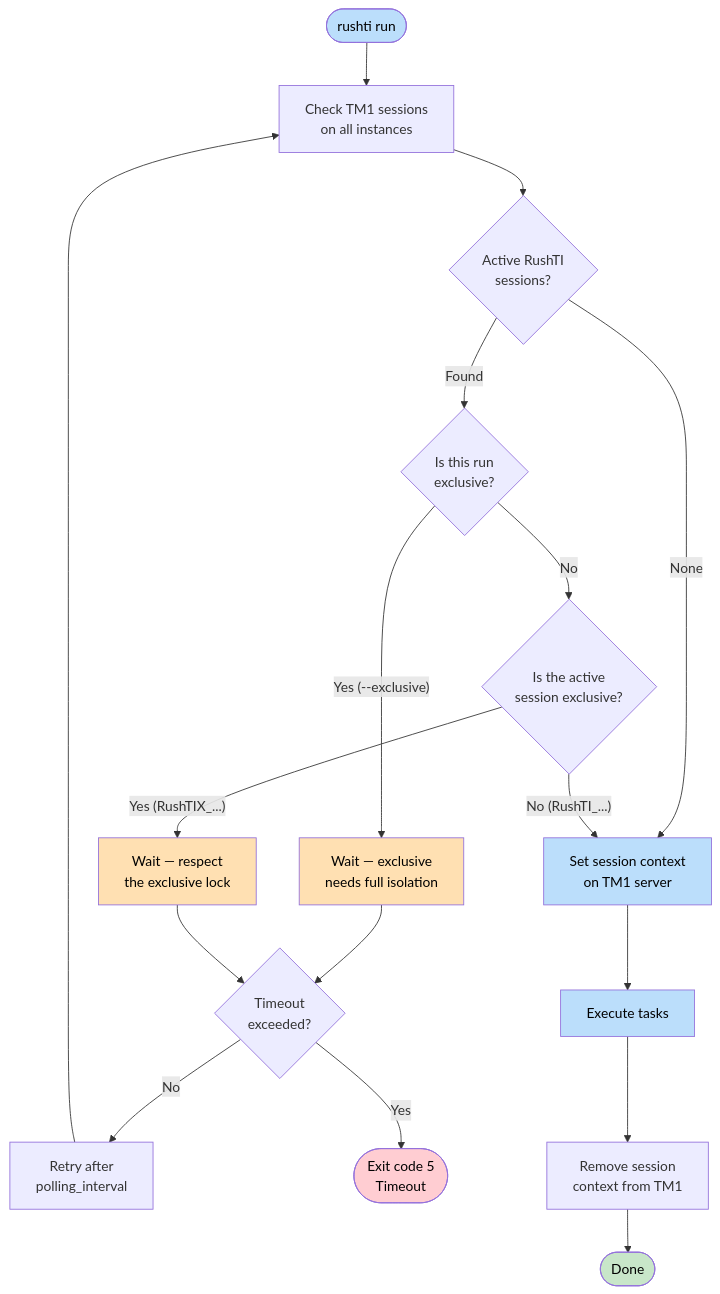
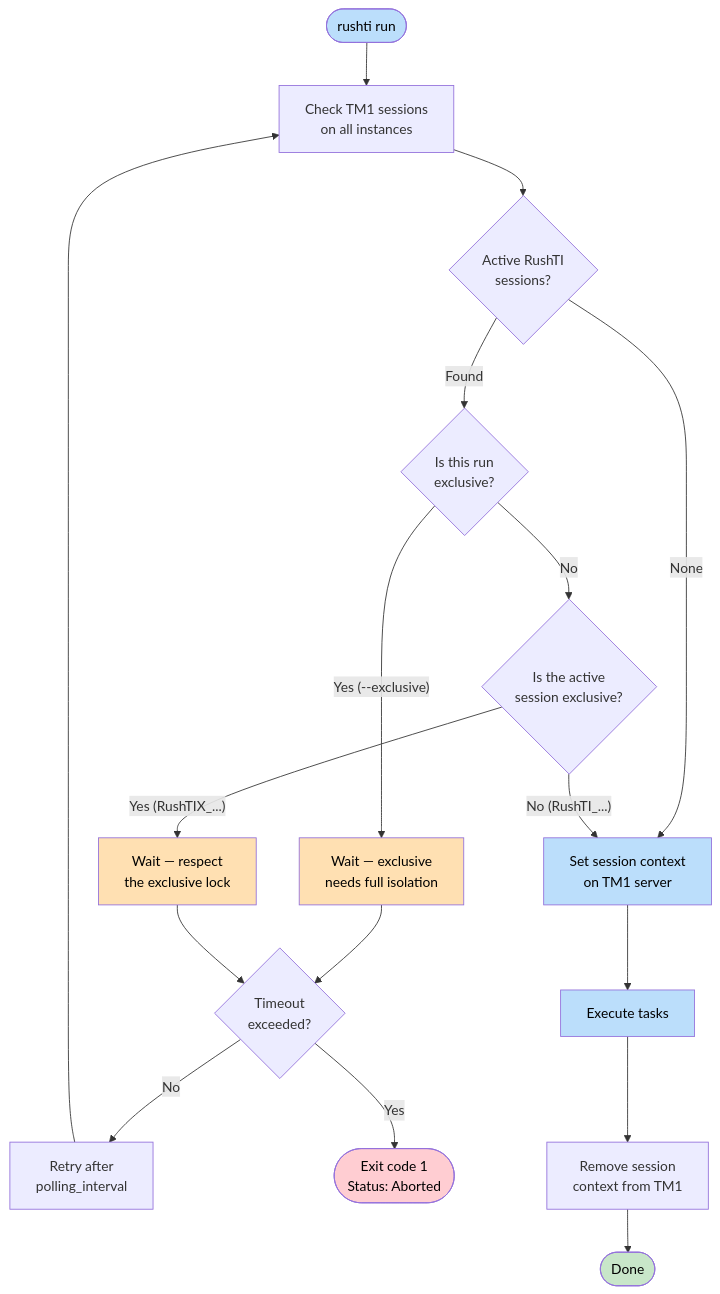
One commit to cubewise-code/rushti changed the diagram in docs/features/exclusive-mode.md. Above: the diagram before and after it, drawn with Mermaid. The commit also changed other lines of this file and 7 other files, not shown here.

First line of the commit message:
docs: correct exit code and hang logout behaviour (#124)

````diff
--- a/docs/features/exclusive-mode.md
+++ b/docs/features/exclusive-mode.md
@@ -46,33 +46,33 @@
 ```mermaid
 flowchart TD
     START([rushti run]) --> CHECK[Check TM1 sessions<br/>on all instances]
     CHECK --> FOUND{Active RushTI<br/>sessions?}
 
     FOUND -- None --> SET_CTX[Set session context<br/>on TM1 server]
 
     FOUND -- Found --> IS_MINE{Is this run<br/>exclusive?}
 
     IS_MINE -- "Yes (--exclusive)" --> WAIT_ALL[Wait — exclusive<br/>needs full isolation]
     IS_MINE -- No --> OTHER_TYPE{Is the active<br/>session exclusive?}
 
     OTHER_TYPE -- "Yes (RushTIX_...)" --> WAIT_LOCK[Wait — respect<br/>the exclusive lock]
     OTHER_TYPE -- "No (RushTI_...)" --> SET_CTX
 
     WAIT_ALL --> RETRY{Timeout<br/>exceeded?}
     WAIT_LOCK --> RETRY
 
     RETRY -- No --> POLL[Retry after<br/>polling_interval] --> CHECK
-    RETRY -- Yes --> FAIL([Exit code 5<br/>Timeout])
+    RETRY -- Yes --> FAIL([Exit code 1<br/>Status: Aborted])
 
     SET_CTX --> RUN[Execute tasks]
     RUN --> CLEANUP[Remove session<br/>context from TM1]
     CLEANUP --> DONE([Done])
 
     style START fill:#bbdefb,color:#000
     style DONE fill:#c8e6c9,color:#000
     style FAIL fill:#ffcdd2,color:#000
     style WAIT_ALL fill:#ffe0b2,color:#000
     style WAIT_LOCK fill:#ffe0b2,color:#000
     style SET_CTX fill:#bbdefb,color:#000
     style RUN fill:#bbdefb,color:#000
 ```
````
